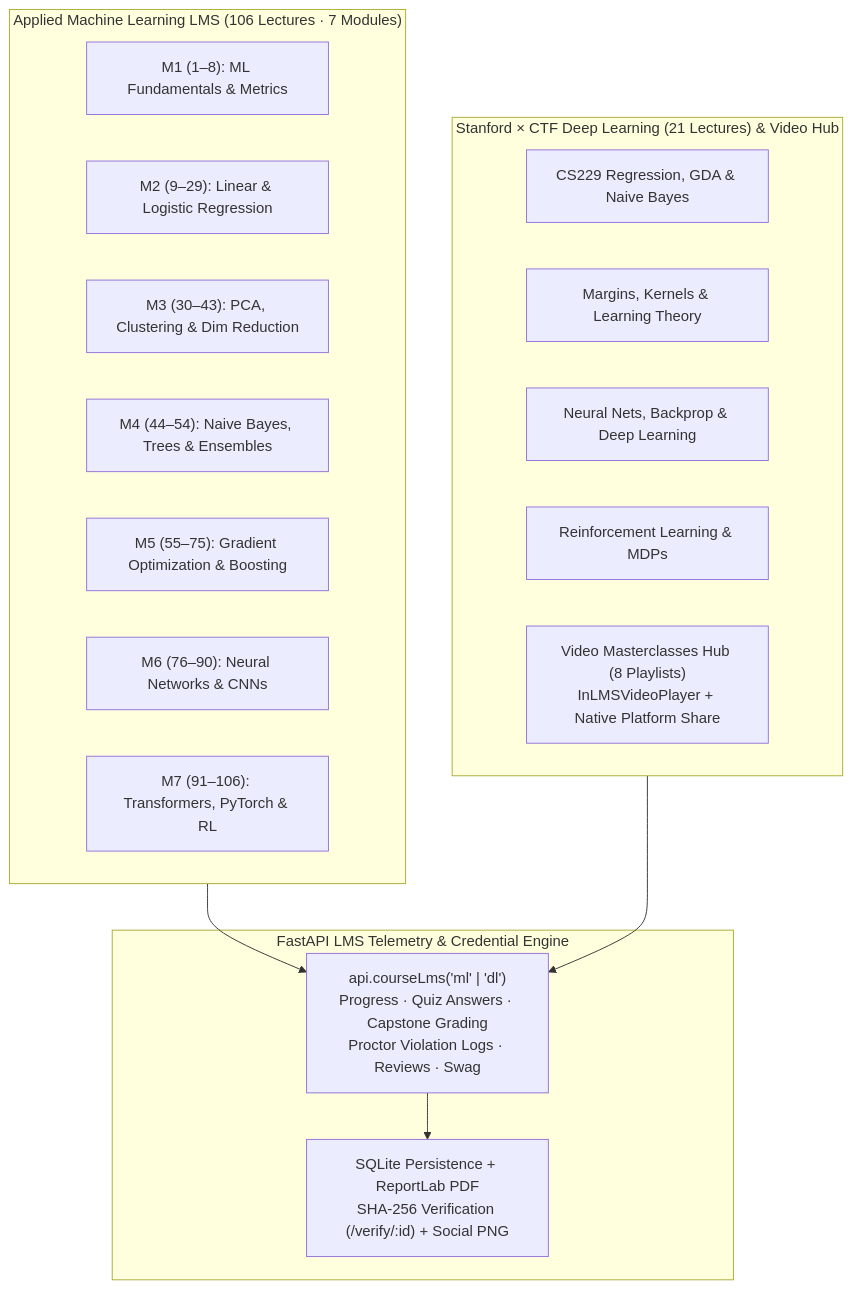
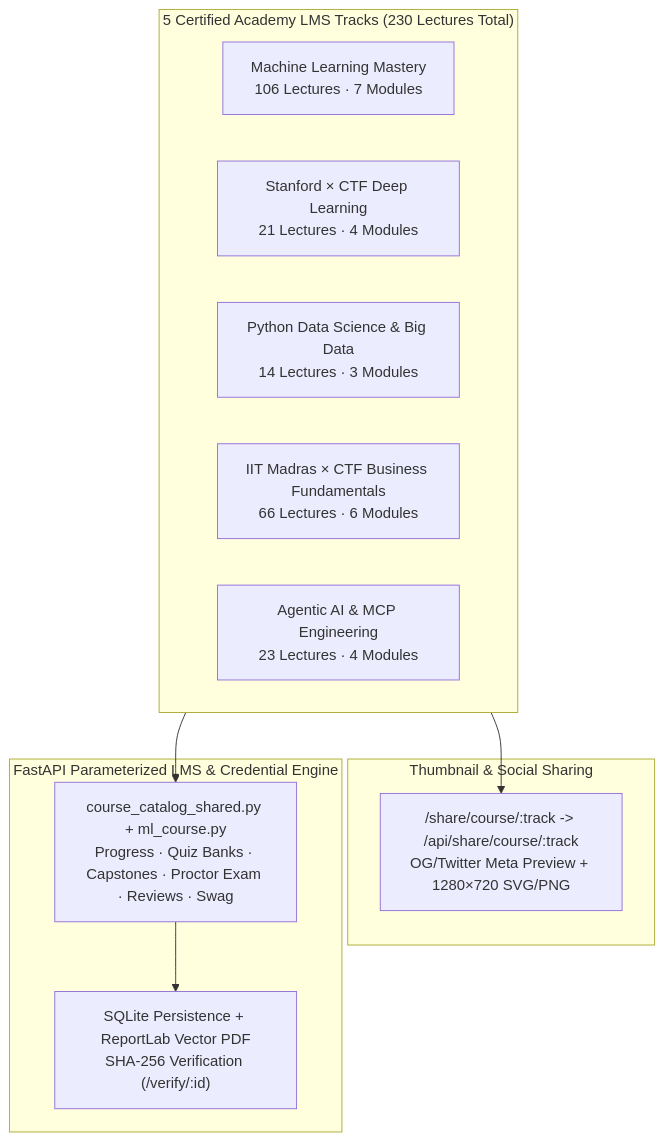
Before and after one commit to Ranjeet7680/AI-Powered-Coding-Challenge-Developer-Assessment-Platform: the third of 3 diagrams in wiki/ML-Course-and-AI-Proctoring.md, drawn with Mermaid. The commit also changed other lines of this file and 36 other files, not shown here.

Commit message:
feat(lms,share,docs): add DS, IITM Business & Agentic AI tracks with course thumbnail share and update wiki

````diff
--- a/wiki/ML-Course-and-AI-Proctoring.md
+++ b/wiki/ML-Course-and-AI-Proctoring.md
@@ -67,27 +67,22 @@
 ```mermaid
 flowchart TB
-  subgraph MLTrack["Applied Machine Learning LMS (106 Lectures · 7 Modules)"]
-    M1["M1 (1–8): ML Fundamentals & Metrics"]
-    M2["M2 (9–29): Linear & Logistic Regression"]
-    M3["M3 (30–43): PCA, Clustering & Dim Reduction"]
-    M4["M4 (44–54): Naive Bayes, Trees & Ensembles"]
-    M5["M5 (55–75): Gradient Optimization & Boosting"]
-    M6["M6 (76–90): Neural Networks & CNNs"]
-    M7["M7 (91–106): Transformers, PyTorch & RL"]
+  subgraph Tracks["5 Certified Academy LMS Tracks (230 Lectures Total)"]
+    ML["Machine Learning Mastery<br/>106 Lectures · 7 Modules"]
+    DL["Stanford × CTF Deep Learning<br/>21 Lectures · 4 Modules"]
+    DS["Python Data Science & Big Data<br/>14 Lectures · 3 Modules"]
+    BIZ["IIT Madras × CTF Business Fundamentals<br/>66 Lectures · 6 Modules"]
+    AG["Agentic AI & MCP Engineering<br/>23 Lectures · 4 Modules"]
   end
 
-  subgraph DLTrack["Stanford × CTF Deep Learning (21 Lectures) & Video Hub"]
-    DL1["CS229 Regression, GDA & Naive Bayes"]
-    DL2["Margins, Kernels & Learning Theory"]
-    DL3["Neural Nets, Backprop & Deep Learning"]
-    DL4["Reinforcement Learning & MDPs"]
-    VH["Video Masterclasses Hub (8 Playlists)<br/>InLMSVideoPlayer + Native Platform Share"]
+  subgraph Share["Thumbnail & Social Sharing"]
+    OG["/share/course/:track -> /api/share/course/:track<br/>OG/Twitter Meta Preview + 1280×720 SVG/PNG"]
   end
 
-  subgraph API["FastAPI LMS Telemetry & Credential Engine"]
-    LMSAPI["api.courseLms('ml' | 'dl')<br/>Progress · Quiz Answers · Capstone Grading<br/>Proctor Violation Logs · Reviews · Swag"]
-    DB["SQLite Persistence + ReportLab PDF<br/>SHA-256 Verification (/verify/:id) + Social PNG"]
+  subgraph API["FastAPI Parameterized LMS & Credential Engine"]
+    LMSAPI["course_catalog_shared.py + ml_course.py<br/>Progress · Quiz Banks · Capstones · Proctor Exam · Reviews · Swag"]
+    DB["SQLite Persistence + ReportLab Vector PDF<br/>SHA-256 Verification (/verify/:id)"]
   end
 
-  MLTrack & DLTrack --> LMSAPI --> DB
+  Tracks --> LMSAPI --> DB
+  Tracks --> OG
 ```
````
